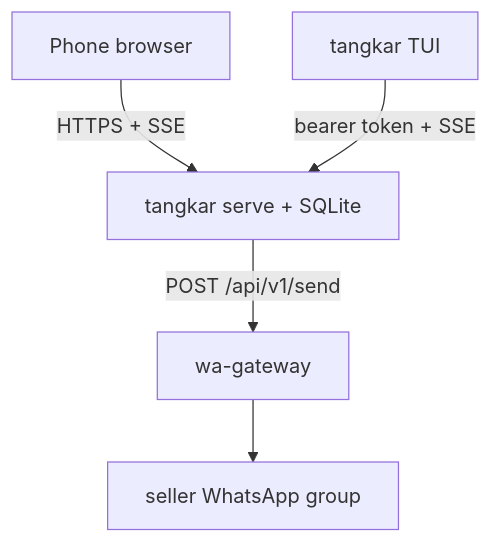
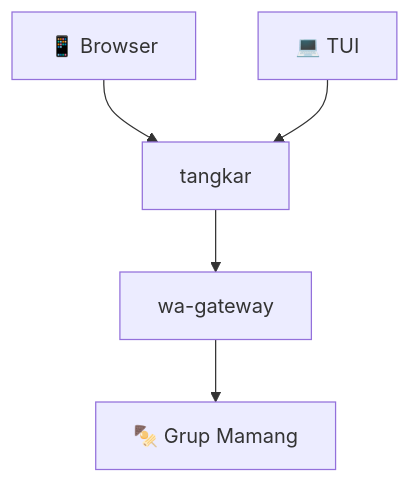
One commit to arisros/tangkar changed the first of 2 diagrams in README.md. Above: the diagram before and after it, drawn with Mermaid. The commit also changed other lines of this file and 19 other files, not shown here.

````diff
--- a/README.md
+++ b/README.md
@@ -7,7 +5,7 @@
 ```mermaid
 flowchart TB
-  P[Phone browser] -->|HTTPS + SSE| S[tangkar serve + SQLite]
-  T[tangkar TUI] -->|bearer token + SSE| S
-  S -->|POST /api/v1/send| W[wa-gateway]
-  W --> G[seller WhatsApp group]
+  P[📱 Browser] --> S[tangkar]
+  T[💻 TUI] --> S
+  S --> W[wa-gateway]
+  W --> G[🍢 Grup Mamang]
 ```
````
